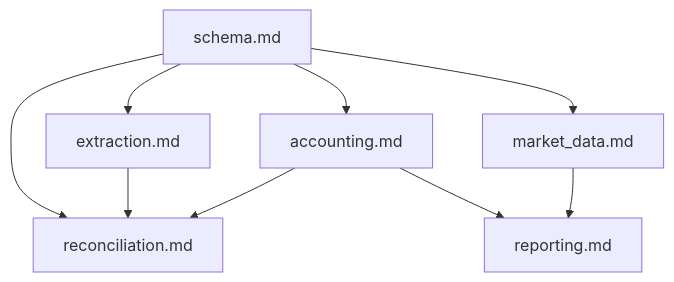
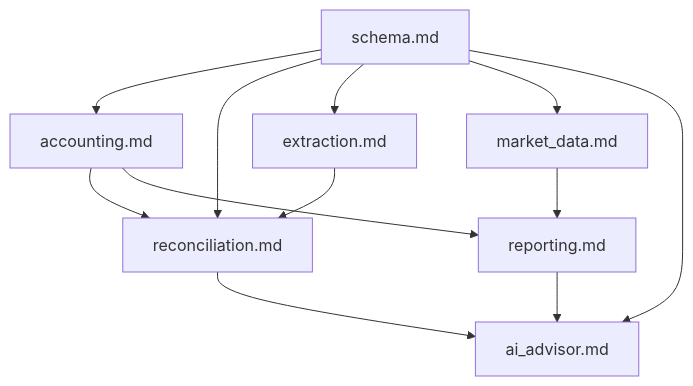
Before and after one commit to wangzitian0/finance_report: the diagram in docs/ssot/README.md, drawn with Mermaid. The commit also changed other lines of this file and 32 other files, not shown here.

````diff
--- a/docs/ssot/README.md
+++ b/docs/ssot/README.md
@@ -21,12 +22,15 @@
 ```mermaid
 flowchart TD
     schema[schema.md] --> accounting[accounting.md]
     schema --> reconciliation[reconciliation.md]
     schema --> extraction[extraction.md]
     schema --> market_data[market_data.md]
+    schema --> ai_advisor[ai_advisor.md]
     
     extraction --> reconciliation
     accounting --> reconciliation
     accounting --> reporting[reporting.md]
     market_data --> reporting
+    reporting --> ai_advisor
+    reconciliation --> ai_advisor
 ```
````
